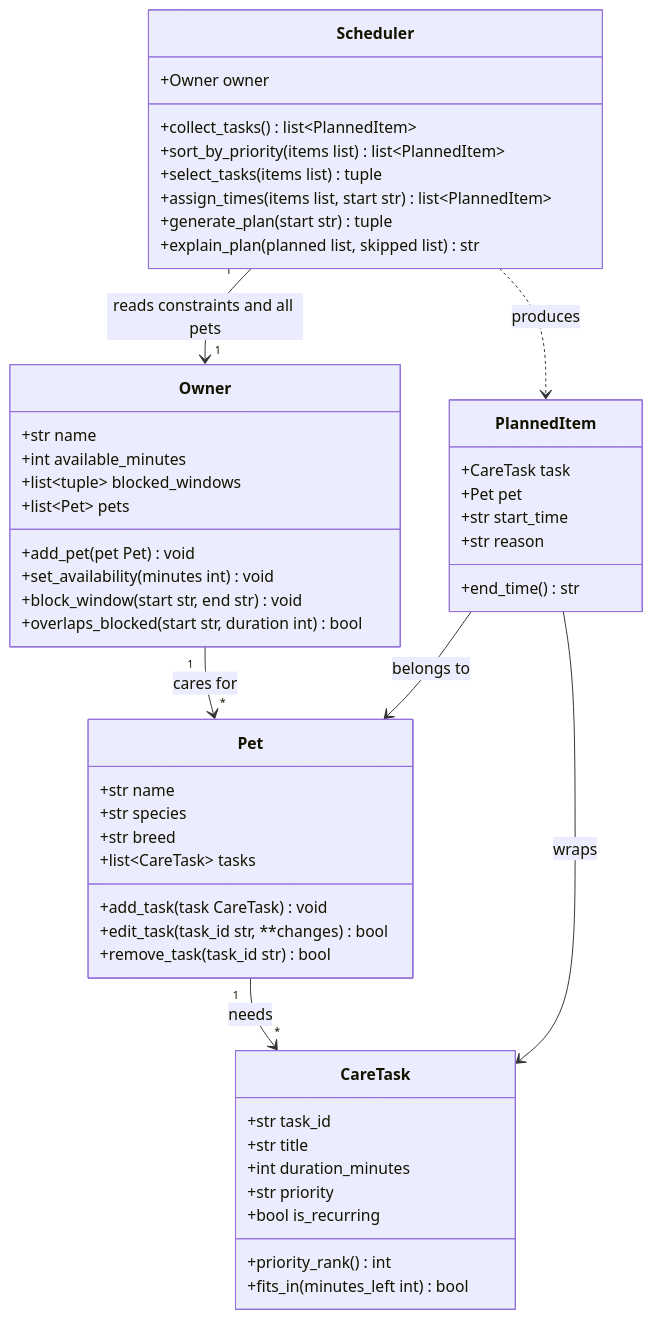
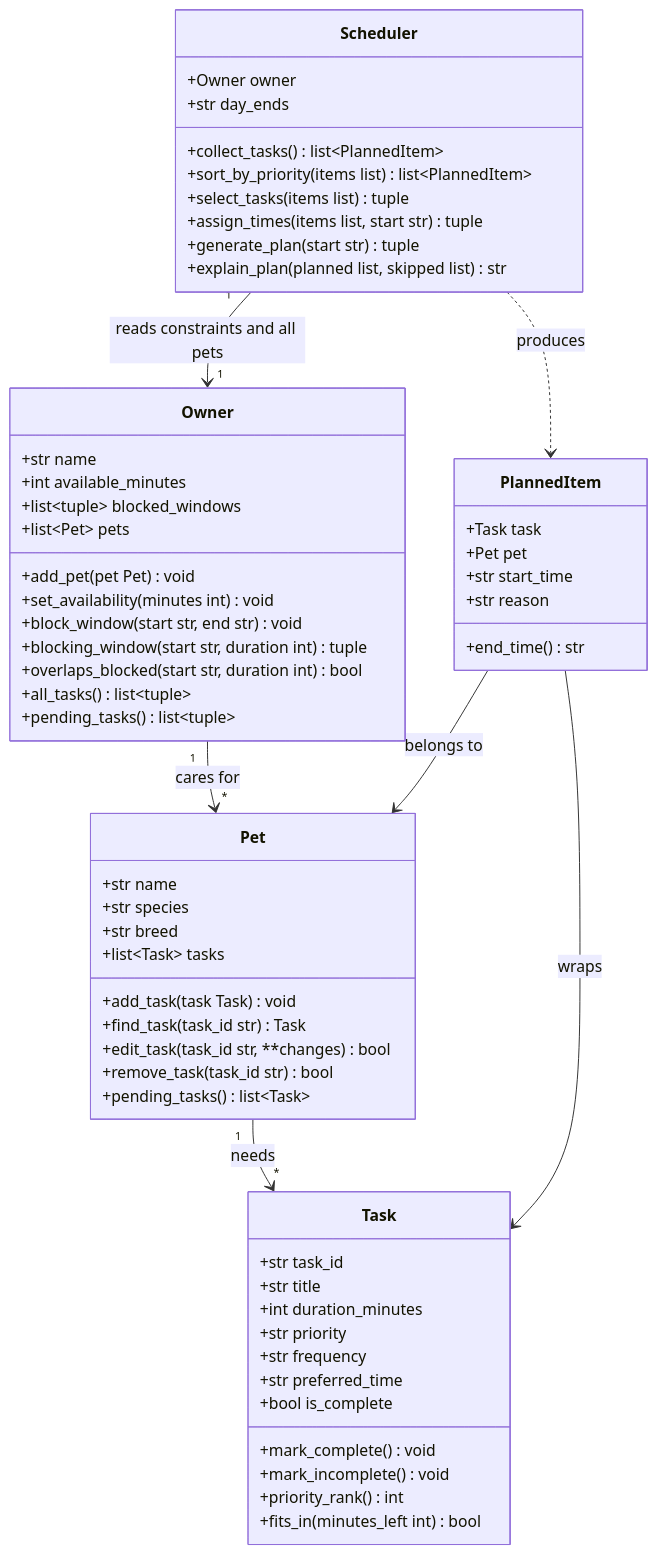
Before and after one commit to THEFLASH10002/ai110-module2show-pawpal-starter: the diagram in diagrams/uml_draft.mmd, drawn with Mermaid. The commit also changed 7 other files, not shown here.

First line of the commit message:
Implement the PawPal+ logic layer, demo script and tests

```diff
--- a/diagrams/uml_draft.mmd
+++ b/diagrams/uml_draft.mmd
@@ -1,59 +1,69 @@
 classDiagram
-    %% PawPal+ working diagram. Drafted in Phase 2, revised in Phase 3
-    %% after reviewing the skeleton. Revisit again in Phase 6.
+    %% PawPal+ working diagram. Drafted in Phase 2, revised in Phase 3 after
+    %% reviewing the skeleton, and updated in Phase 4 to match the built code.
 
     class Owner {
         +str name
         +int available_minutes
         +list~tuple~ blocked_windows
         +list~Pet~ pets
         +add_pet(pet Pet) void
         +set_availability(minutes int) void
         +block_window(start str, end str) void
+        +blocking_window(start str, duration int) tuple
         +overlaps_blocked(start str, duration int) bool
+        +all_tasks() list~tuple~
+        +pending_tasks() list~tuple~
     }
 
     class Pet {
         +str name
         +str species
         +str breed
-        +list~CareTask~ tasks
-        +add_task(task CareTask) void
+        +list~Task~ tasks
+        +add_task(task Task) void
+        +find_task(task_id str) Task
         +edit_task(task_id str, **changes) bool
         +remove_task(task_id str) bool
+        +pending_tasks() list~Task~
     }
 
-    class CareTask {
+    class Task {
         +str task_id
         +str title
         +int duration_minutes
         +str priority
-        +bool is_recurring
+        +str frequency
+        +str preferred_time
+        +bool is_complete
+        +mark_complete() void
+        +mark_incomplete() void
         +priority_rank() int
         +fits_in(minutes_left int) bool
     }
 
     class PlannedItem {
-        +CareTask task
+        +Task task
         +Pet pet
         +str start_time
         +str reason
         +end_time() str
     }
 
     class Scheduler {
         +Owner owner
+        +str day_ends
         +collect_tasks() list~PlannedItem~
         +sort_by_priority(items list) list~PlannedItem~
         +select_tasks(items list) tuple
-        +assign_times(items list, start str) list~PlannedItem~
+        +assign_times(items list, start str) tuple
         +generate_plan(start str) tuple
         +explain_plan(planned list, skipped list) str
     }
 
     Owner "1" --> "*" Pet : cares for
-    Pet "1" --> "*" CareTask : needs
+    Pet "1" --> "*" Task : needs
     Scheduler "1" --> "1" Owner : reads constraints and all pets
     Scheduler ..> PlannedItem : produces
-    PlannedItem --> CareTask : wraps
+    PlannedItem --> Task : wraps
     PlannedItem --> Pet : belongs to
```
